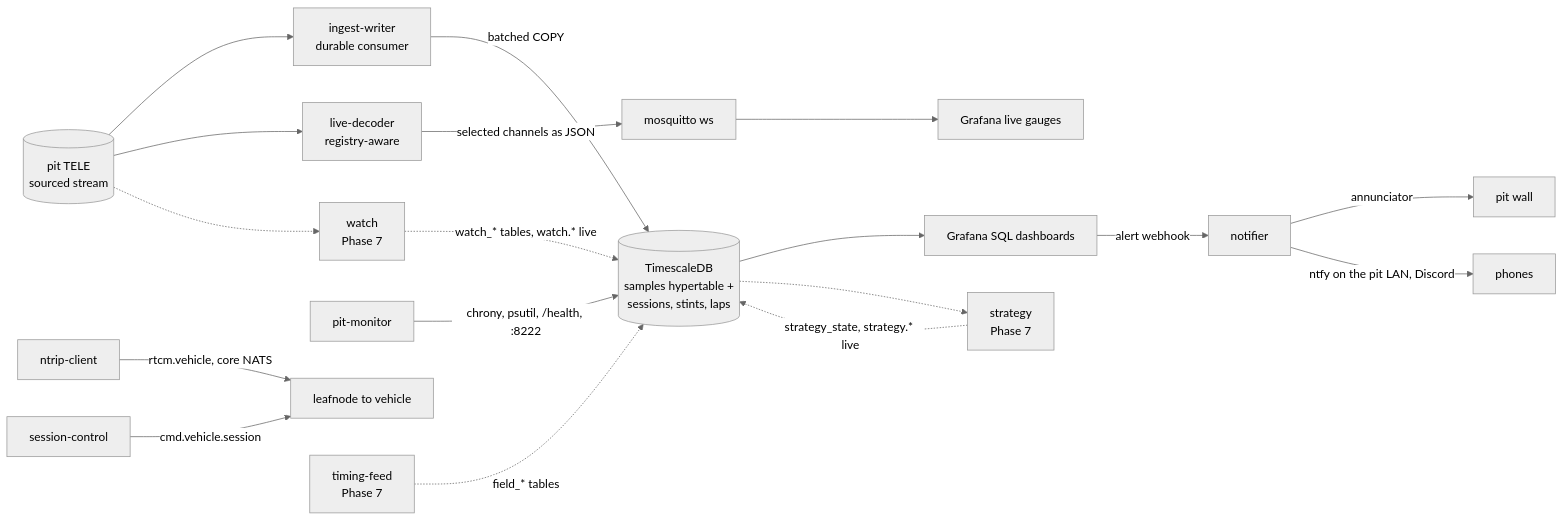
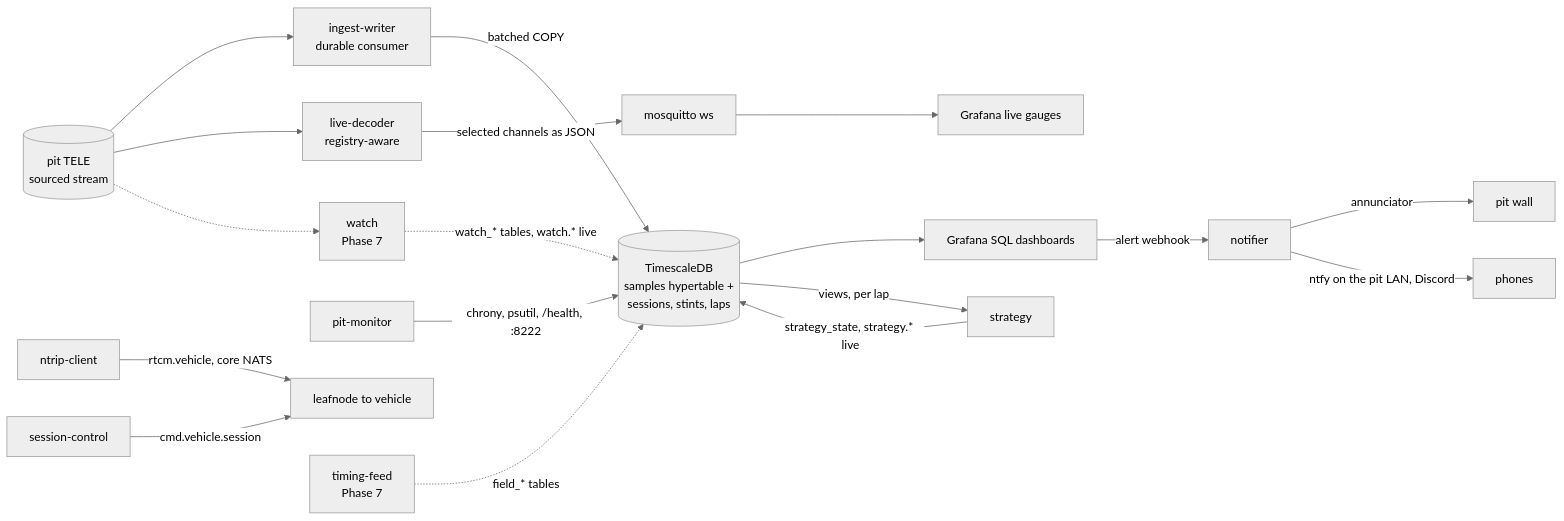
One commit to Robert-McMahon/openlaps changed the third of 4 diagrams in docs/ARCHITECTURE.md. Above: the diagram before and after it, drawn with Mermaid (neutral theme). The commit also changed other lines of this file and 32 other files, not shown here.

````diff
--- a/docs/ARCHITECTURE.md
+++ b/docs/ARCHITECTURE.md
@@ -118,16 +118,16 @@
 ```mermaid
 flowchart LR
   SRC[(pit TELE<br/>sourced stream)] --> W[ingest-writer<br/>durable consumer]
   W -- "batched COPY" --> DB[(TimescaleDB<br/>samples hypertable +<br/>sessions, stints, laps)]
   SRC --> L[live-decoder<br/>registry-aware]
   L -- "selected channels as JSON" --> M[mosquitto ws] --> G1[Grafana live gauges]
   DB --> G2[Grafana SQL dashboards]
   NC[ntrip-client] -- "rtcm.vehicle, core NATS" --> LEAF[leafnode to vehicle]
   S[session-control] -- "cmd.vehicle.session" --> LEAF
   PM[pit-monitor] -- "chrony, psutil, /health, :8222" --> DB
   SRC -.-> WT[watch<br/>Phase 7] -. "watch_* tables, watch.* live" .-> DB
-  DB -.-> ST[strategy<br/>Phase 7] -. "strategy_state, strategy.* live" .-> DB
+  DB -- "views, per lap" --> ST[strategy] -- "strategy_state, strategy.* live" --> DB
   TF[timing-feed<br/>Phase 7] -. "field_* tables" .-> DB
   G2 -- "alert webhook" --> NF[notifier] -- "annunciator" --> PH[pit wall]
   NF -- "ntfy on the pit LAN, Discord" --> PHONES[phones]
 ```
````
